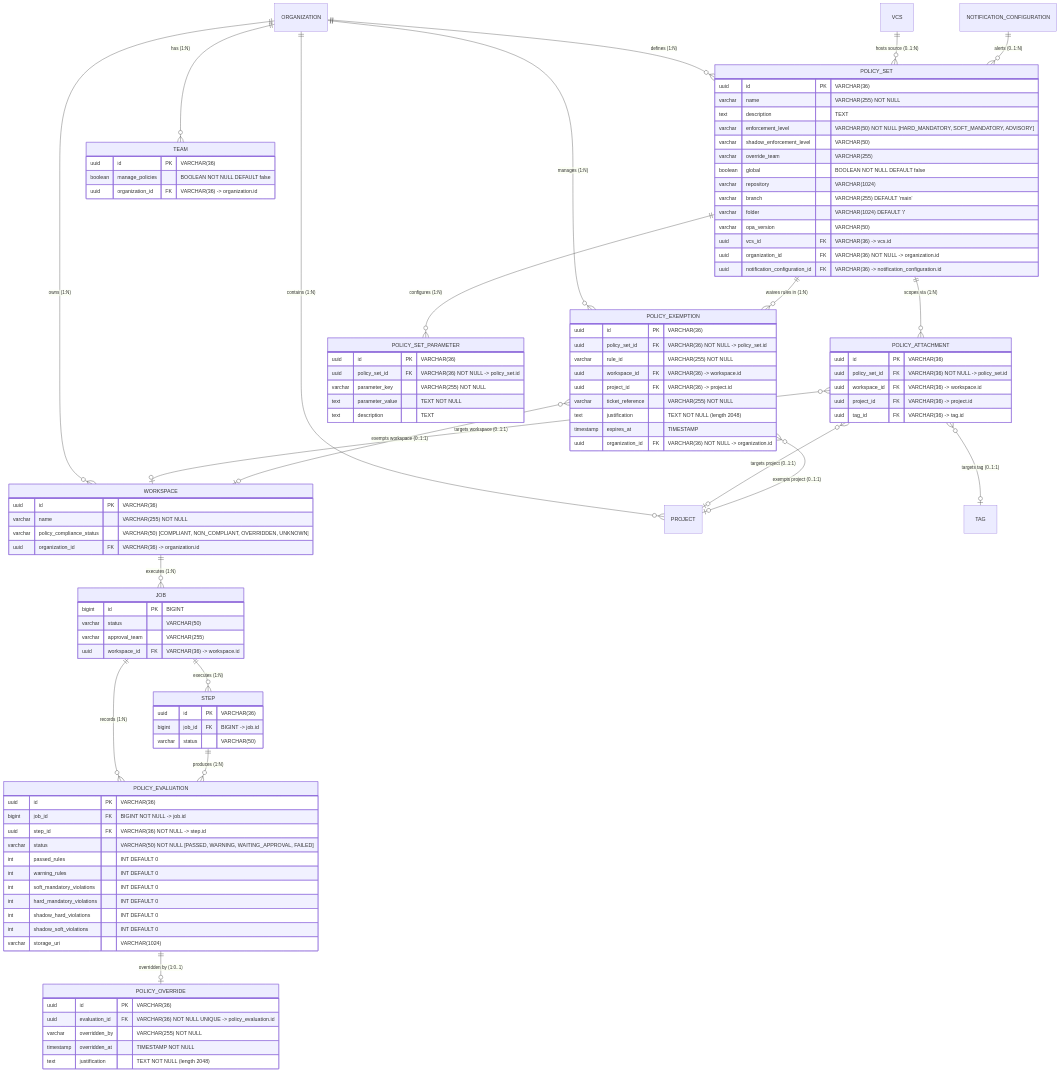
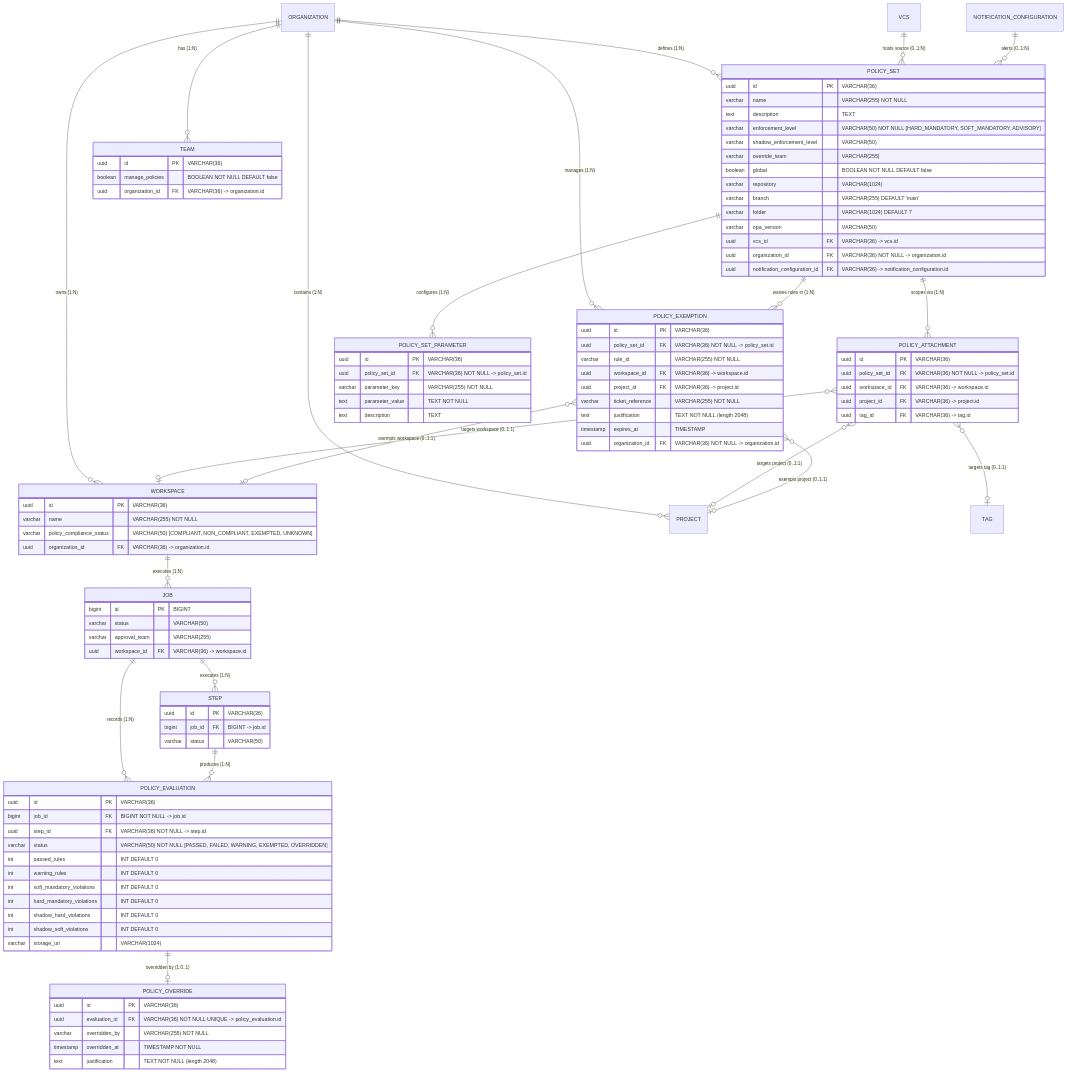
One commit to terrakube-io/.agents changed the second of 5 diagrams in skills/terrakube-opa-policy-governance/SKILL.md. Above: the diagram before and after it, drawn with Mermaid. The commit also changed other lines of this file and 16 other files, not shown here.

```diff
--- a/skills/terrakube-opa-policy-governance/SKILL.md
+++ b/skills/terrakube-opa-policy-governance/SKILL.md
@@ -134,7 +134,7 @@
         uuid id PK "VARCHAR(36)"
         bigint job_id FK "BIGINT NOT NULL -> job.id"
         uuid step_id FK "VARCHAR(36) NOT NULL -> step.id"
-        varchar status "VARCHAR(50) NOT NULL [PASSED, WARNING, WAITING_APPROVAL, FAILED]"
+        varchar status "VARCHAR(50) NOT NULL [PASSED, FAILED, WARNING, EXEMPTED, OVERRIDDEN]"
         int passed_rules "INT DEFAULT 0"
         int warning_rules "INT DEFAULT 0"
         int soft_mandatory_violations "INT DEFAULT 0"
@@ -155,7 +155,7 @@
     WORKSPACE {
         uuid id PK "VARCHAR(36)"
         varchar name "VARCHAR(255) NOT NULL"
-        varchar policy_compliance_status "VARCHAR(50) [COMPLIANT, NON_COMPLIANT, OVERRIDDEN, UNKNOWN]"
+        varchar policy_compliance_status "VARCHAR(50) [COMPLIANT, NON_COMPLIANT, EXEMPTED, UNKNOWN]"
         uuid organization_id FK "VARCHAR(36) -> organization.id"
     }
 
```
